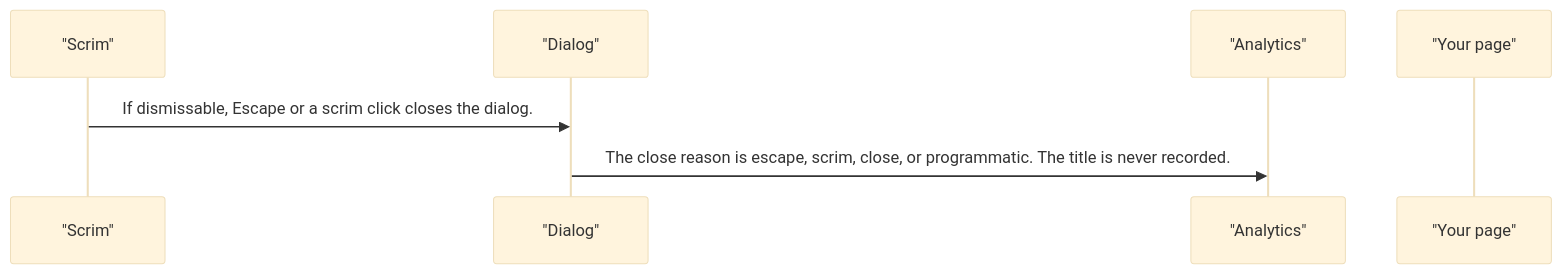
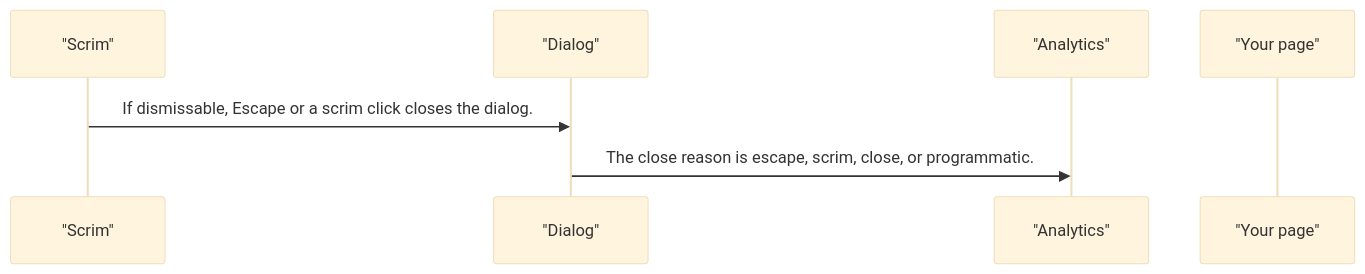
One commit to RajshekharBorate/pixel-ui changed the third of 4 diagrams in projects/pixel-ui/src/lib/pixel-dialog/DESIGN.md. Above: the diagram before and after it, drawn with Mermaid (base theme). The commit also changed other lines of this file and 80 other files, not shown here.

Commit message:
Fill missing design flows and correct the stories that did not match component behavior.

````diff
--- a/projects/pixel-ui/src/lib/pixel-dialog/DESIGN.md
+++ b/projects/pixel-ui/src/lib/pixel-dialog/DESIGN.md
@@ -67,9 +67,9 @@
 ```mermaid
 sequenceDiagram
   participant scrim as "Scrim"
   participant dialog as "Dialog"
   participant analytics as "Analytics"
   participant page as "Your page"
   scrim->>dialog: If dismissable, Escape or a scrim click closes the dialog.
-  dialog->>analytics: The close reason is escape, scrim, close, or programmatic. The title is never recorded.
+  dialog->>analytics: The close reason is escape, scrim, close, or programmatic.
 ```
````
